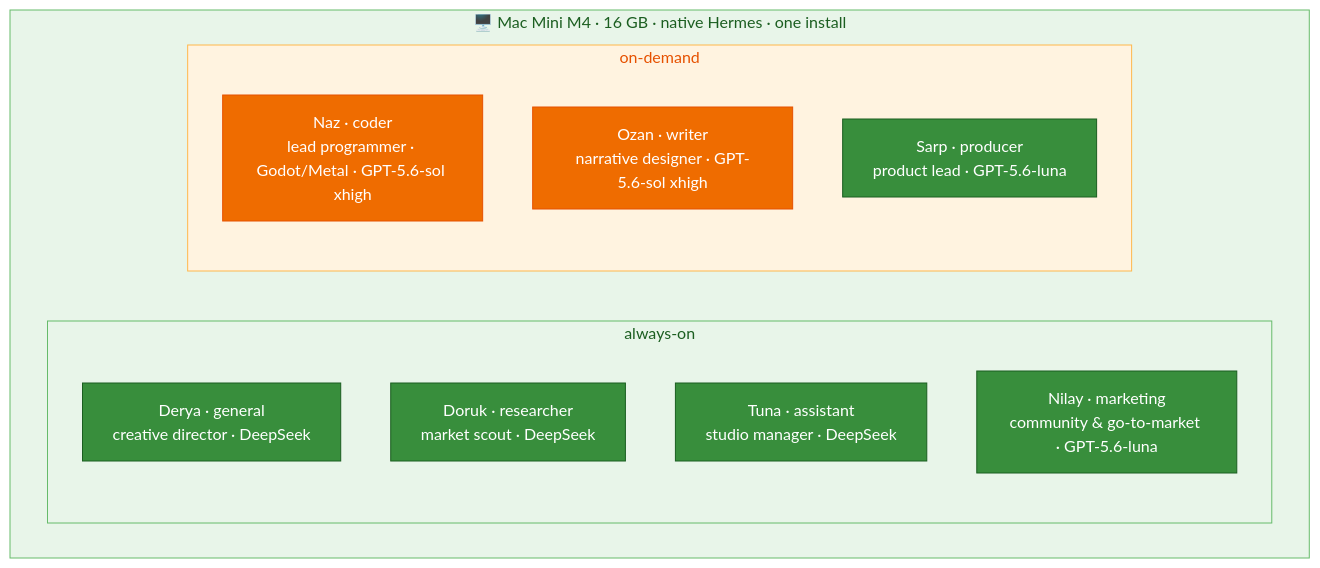
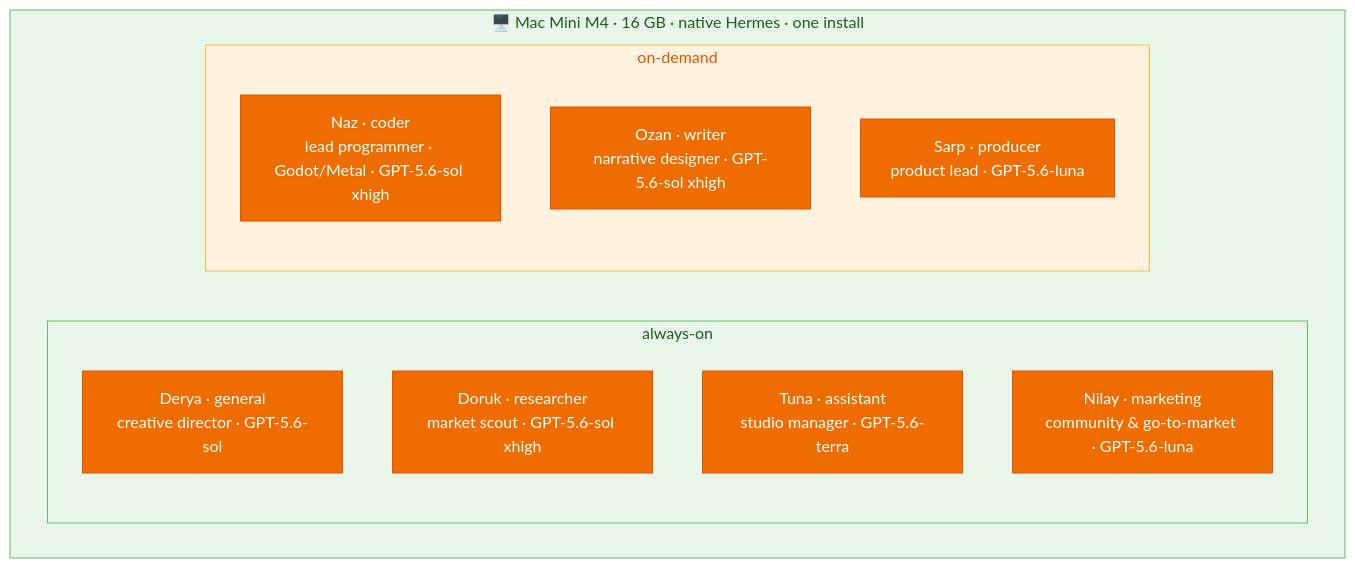
One commit to mpolatcan/hermes-setup changed the diagram in docs/02-agents.md. Above: the diagram before and after it, drawn with Mermaid. The commit also changed other lines of this file and 14 other files, not shown here.

````diff
--- a/docs/02-agents.md
+++ b/docs/02-agents.md
@@ -7,21 +7,20 @@
 ```mermaid
 flowchart TB
     subgraph Mini["🖥️ Mac Mini M4 · 16 GB · native Hermes · one install"]
         subgraph always["always-on"]
-            general["Derya · general<br/>creative director · DeepSeek"]:::mini
-            researcher["Doruk · researcher<br/>market scout · DeepSeek"]:::mini
-            assistant["Tuna · assistant<br/>studio manager · DeepSeek"]:::mini
-            marketing["Nilay · marketing<br/>community & go-to-market · GPT-5.6-luna"]:::mini
+            general["Derya · general<br/>creative director · GPT-5.6-sol"]:::codex
+            researcher["Doruk · researcher<br/>market scout · GPT-5.6-sol xhigh"]:::codex
+            assistant["Tuna · assistant<br/>studio manager · GPT-5.6-terra"]:::codex
+            marketing["Nilay · marketing<br/>community & go-to-market · GPT-5.6-luna"]:::codex
         end
         subgraph demand["on-demand"]
             coder["Naz · coder<br/>lead programmer · Godot/Metal · GPT-5.6-sol xhigh"]:::codex
             writer["Ozan · writer<br/>narrative designer · GPT-5.6-sol xhigh"]:::codex
-            producer["Sarp · producer<br/>product lead · GPT-5.6-luna"]:::mini
+            producer["Sarp · producer<br/>product lead · GPT-5.6-luna"]:::codex
         end
     end
-    classDef mini fill:#388E3C,stroke:#1B5E20,color:#fff
     classDef codex fill:#EF6C00,stroke:#E65100,color:#fff
     style Mini fill:#E8F5E9,stroke:#66BB6A,color:#1B5E20
     style always fill:#E8F5E9,stroke:#66BB6A,color:#1B5E20
     style demand fill:#FFF3E0,stroke:#FFB74D,color:#E65100
 ```
````
